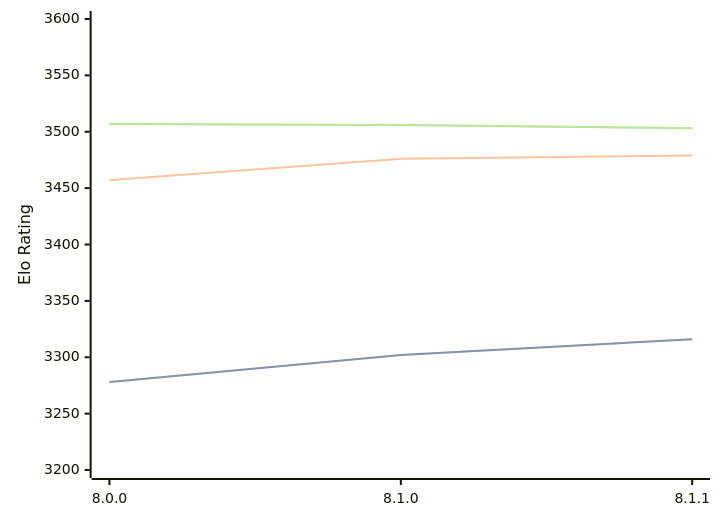
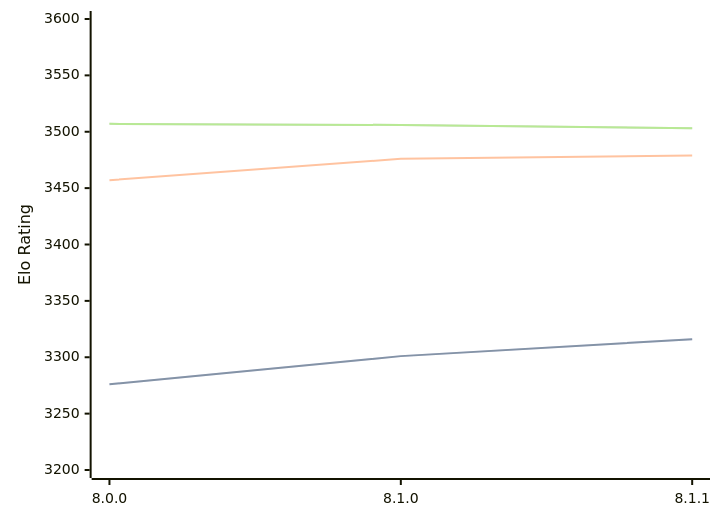
Before and after one commit to computer-chess-index/cci: the diagram in engines/Velvet.md, drawn with Mermaid. The commit also changed other lines of this file, not shown here.

````diff
--- a/engines/Velvet.md
+++ b/engines/Velvet.md
@@ -55,11 +55,11 @@
 ```mermaid
 %%{init: {"theme":"base","themeVariables":{"seriesColors:['#a3a3a3','#222221','#faa371']}}}%%
 xychart-beta
   x-axis ["8.0.0", "8.1.0", "8.1.1"]
   y-axis "Elo Rating" 3200 --> 3600
-  line "STC (8.0+0.08s)" [3278, 3302, 3316]
-  line "STC (8.0+0.08s)" [3278, 3302, 3316]
+  line "STC (8.0+0.08s)" [3276, 3301, 3316]
+  line "STC (8.0+0.08s)" [3276, 3301, 3316]
   line "LTC (60.0+0.60s)" [3457, 3476, 3479]
   line "VLTC (2m24s+1.12s)" [3507, 3506, 3503]
   line "VLTC (2m24s+1.12s)" [3507, 3506, 3503]
 ```
````
